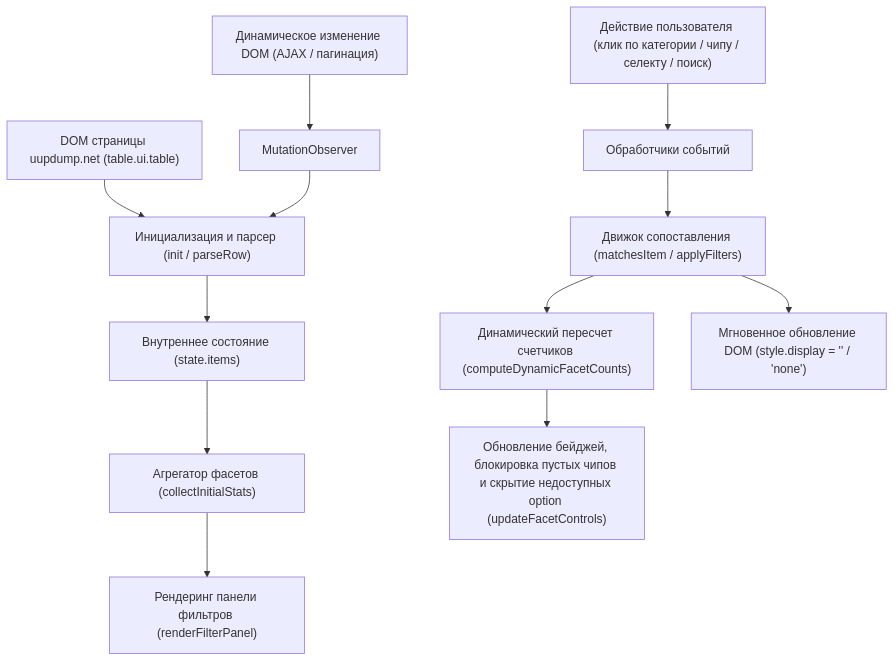
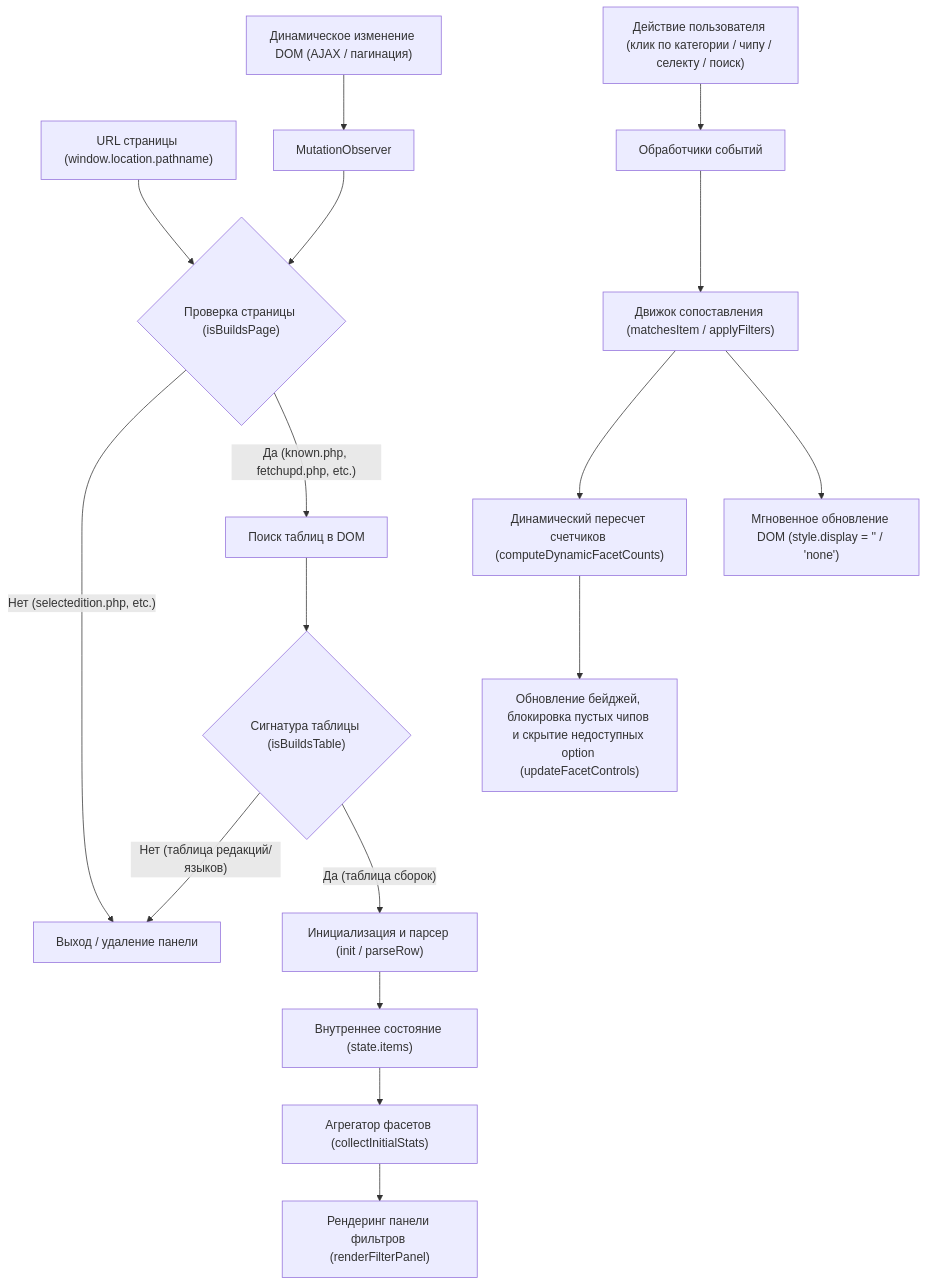
Before and after one commit to BasimovIF-AI/userscript-uupdump: the diagram in ARCHITECTURE.md, drawn with Mermaid. The commit also changed other lines of this file and 6 other files, not shown here.

Commit message:
feat: release v1.3.2 - isolate filter from wizard pages (selectedition.php, etc.) with defense-in-depth

````diff
--- a/ARCHITECTURE.md
+++ b/ARCHITECTURE.md
@@ -9,16 +9,23 @@
 ```mermaid
 flowchart TD
-    DOM["DOM страницы uupdump.net (table.ui.table)"] --> Scanner["Инициализация и парсер (init / parseRow)"]
+    URL["URL страницы (window.location.pathname)"] --> PageGuard{"Проверка страницы (isBuildsPage)"}
+    PageGuard -- "Нет (selectedition.php, etc.)" --> Abort["Выход / удаление панели"]
+    PageGuard -- "Да (known.php, fetchupd.php, etc.)" --> DOMTable["Поиск таблиц в DOM"]
+    
+    DOMTable --> TableGuard{"Сигнатура таблицы (isBuildsTable)"}
+    TableGuard -- "Нет (таблица редакций/языков)" --> Abort
+    TableGuard -- "Да (таблица сборок)" --> Scanner["Инициализация и парсер (init / parseRow)"]
+    
     Scanner --> State["Внутреннее состояние (state.items)"]
     State --> Facets["Агрегатор фасетов (collectInitialStats)"]
     Facets --> UI["Рендеринг панели фильтров (renderFilterPanel)"]
     
     UserAction["Действие пользователя (клик по категории / чипу / селекту / поиск)"] --> EventHandlers["Обработчики событий"]
     EventHandlers --> FilterEngine["Движок сопоставления (matchesItem / applyFilters)"]
     FilterEngine --> DynamicRecalc["Динамический пересчет счетчиков (computeDynamicFacetCounts)"]
     FilterEngine --> DOMUpdate["Мгновенное обновление DOM (style.display = '' / 'none')"]
     DynamicRecalc --> ControlState["Обновление бейджей, блокировка пустых чипов и скрытие недоступных option (updateFacetControls)"]
     
     DOMChange["Динамическое изменение DOM (AJAX / пагинация)"] --> MutationObserver["MutationObserver"]
-    MutationObserver --> Scanner
+    MutationObserver --> PageGuard
 ```
````
